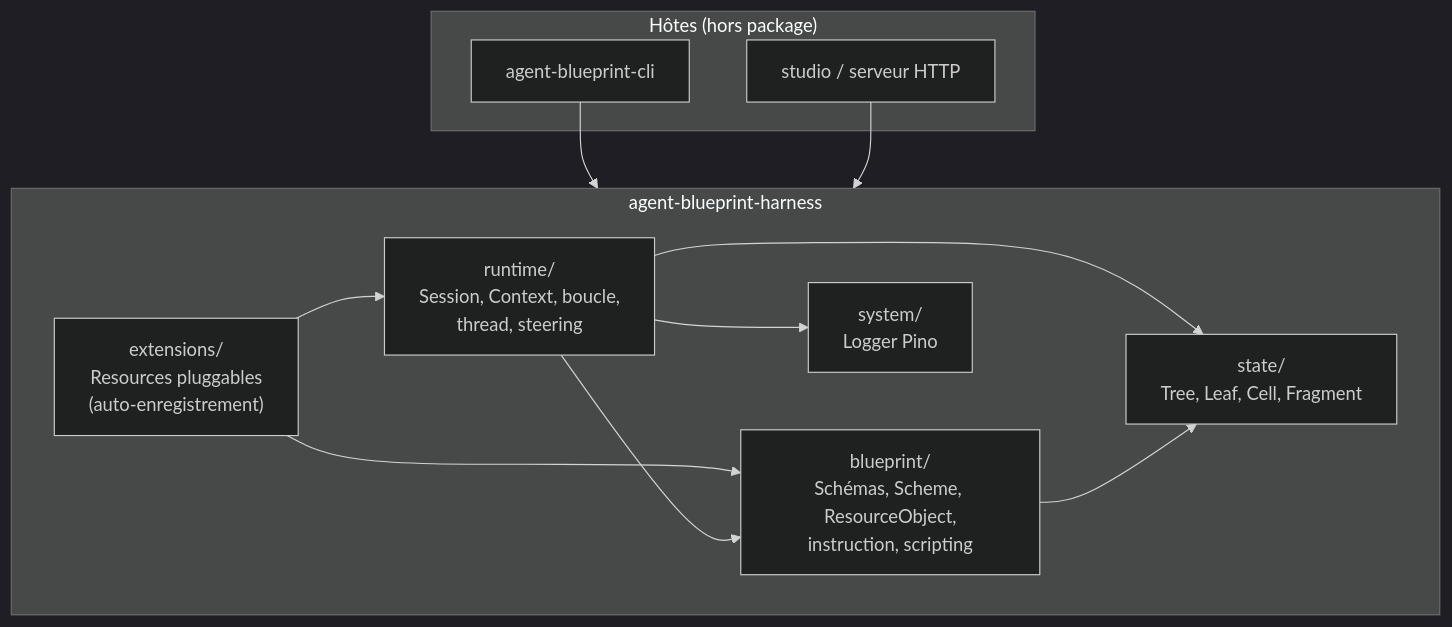
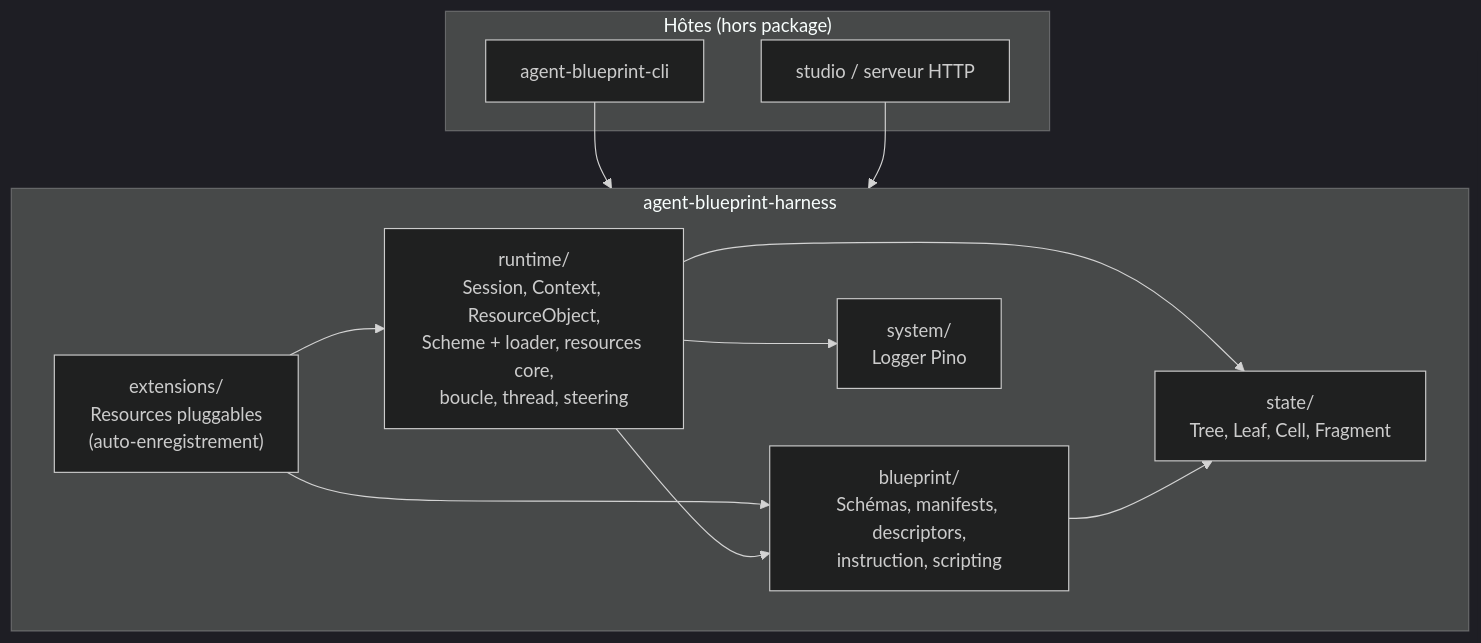
One commit to wynsure/wynsure-agent-harness changed the first of 6 diagrams in docs/architecture.spec.md. Above: the diagram before and after it, drawn with Mermaid (dark theme). The commit also changed other lines of this file and 52 other files, not shown here.

````diff
--- a/docs/architecture.spec.md
+++ b/docs/architecture.spec.md
@@ -31,22 +31,22 @@
 ```mermaid
 flowchart TB
     subgraph Hosts["Hôtes (hors package)"]
         CLI["agent-blueprint-cli"]
         STUDIO["studio / serveur HTTP"]
     end
     subgraph Pkg["agent-blueprint-harness"]
         EXT["extensions/<br/>Resources pluggables<br/>(auto-enregistrement)"]
-        RT["runtime/<br/>Session, Context, boucle,<br/>thread, steering"]
-        BP["blueprint/<br/>Schémas, Scheme, ResourceObject,<br/>instruction, scripting"]
+        RT["runtime/<br/>Session, Context, ResourceObject,<br/>Scheme + loader, resources core,<br/>boucle, thread, steering"]
+        BP["blueprint/<br/>Schémas, manifests, descriptors,<br/>instruction, scripting"]
         ST["state/<br/>Tree, Leaf, Cell, Fragment"]
         SYS["system/<br/>Logger Pino"]
         EXT --> RT
         EXT --> BP
         RT --> BP
         RT --> ST
         BP --> ST
         RT --> SYS
     end
     CLI --> Pkg
     STUDIO --> Pkg
 ```
````
